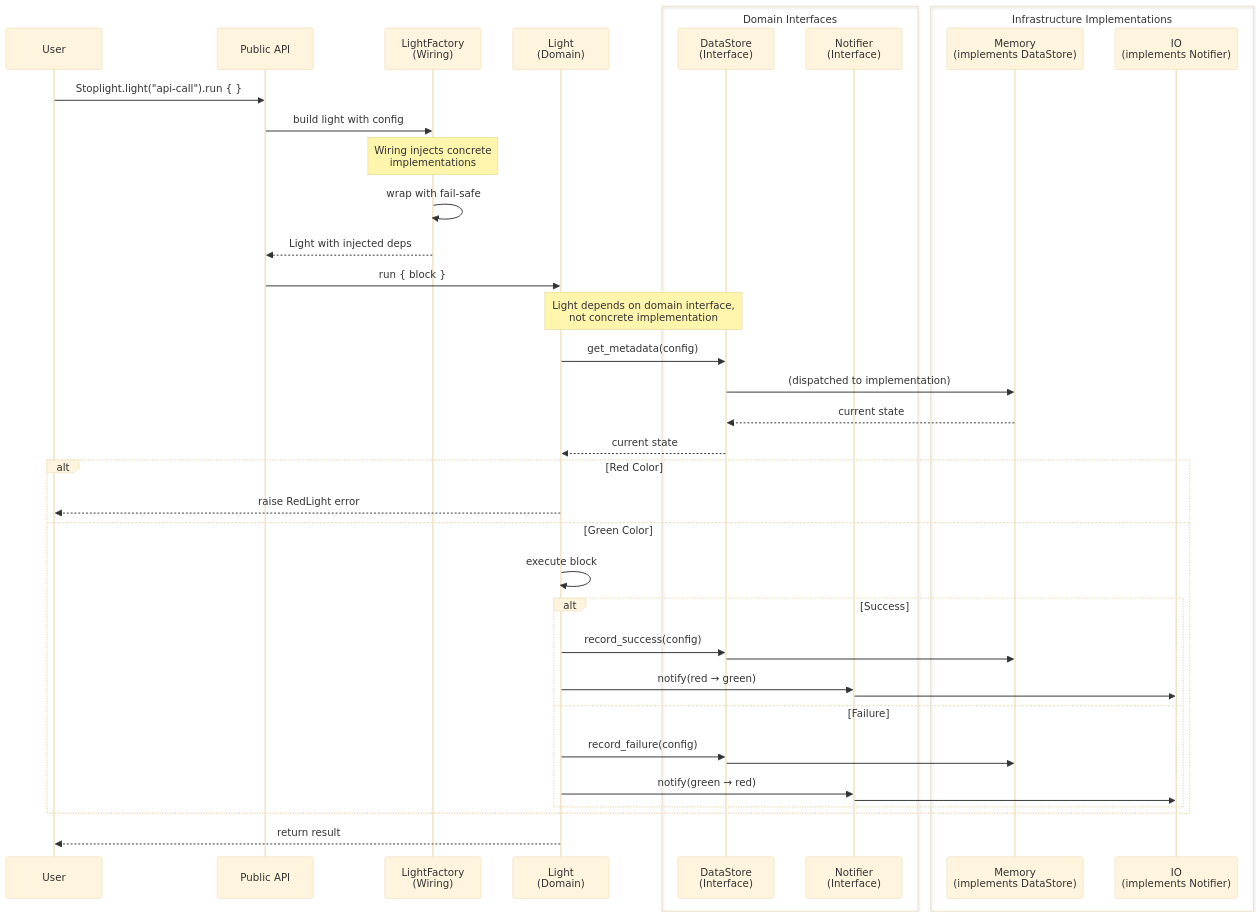
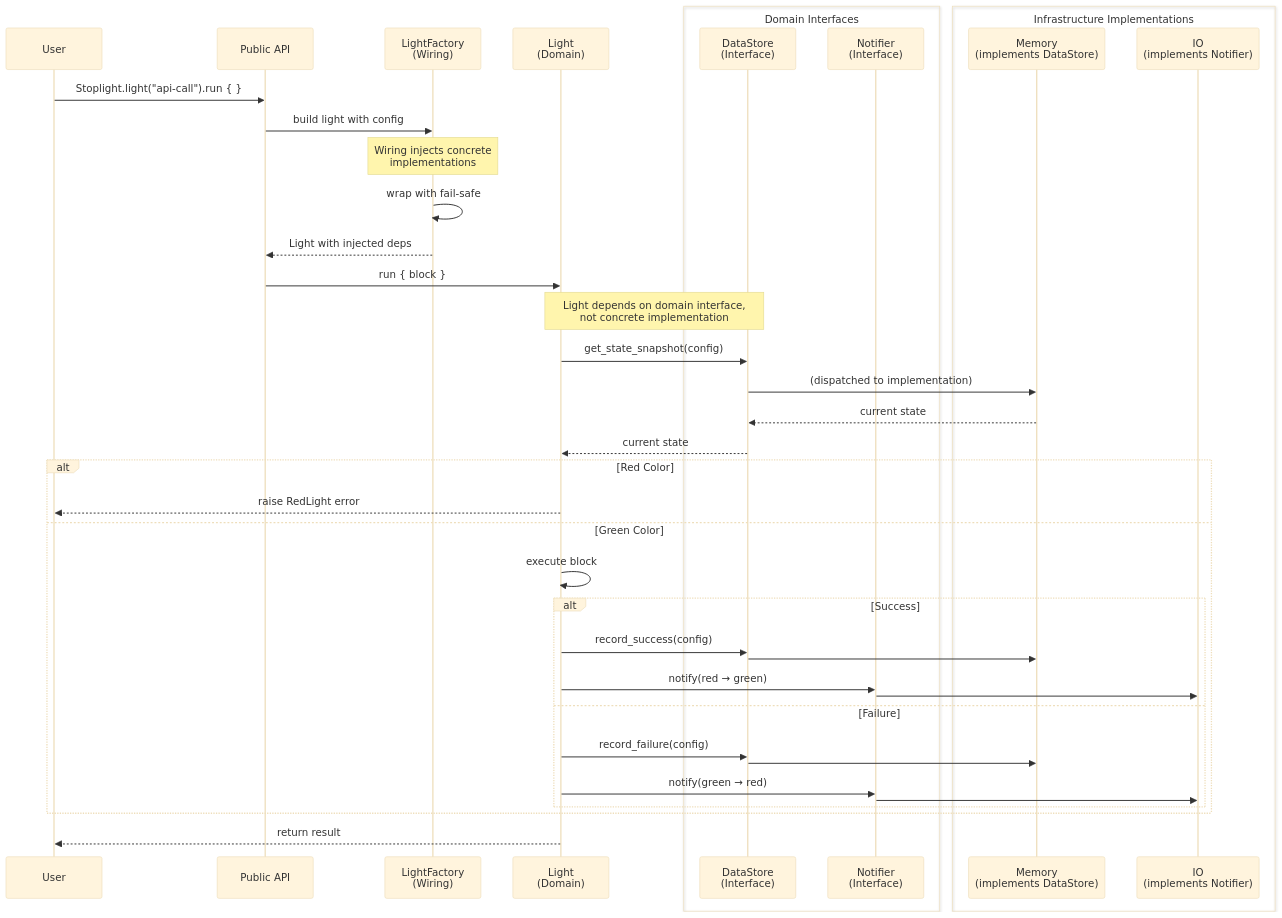
Before and after one commit to bolshakov/stoplight: the fourth of 5 diagrams in docs/architecture.md, drawn with Mermaid (base theme). The commit also changed other lines of this file and 56 other files, not shown here.

Commit message:
Split Metadata into Metrics and StateSnapshot

````diff
--- a/docs/architecture.md
+++ b/docs/architecture.md
@@ -134,47 +134,47 @@
 ```mermaid
 sequenceDiagram
     participant User
     participant API as Public API
     participant Factory as LightFactory<br/>(Wiring)
     participant Light as Light<br/>(Domain)
     box Domain Interfaces
         participant IDataStore as DataStore<br/>(Interface)
         participant INotifier as Notifier<br/>(Interface)
     end
     box Infrastructure Implementations
         participant MemoryDS as Memory<br/>(implements DataStore)
         participant IONotifier as IO<br/>(implements Notifier)
     end
     
     User->>API: Stoplight.light("api-call").run { }
     API->>Factory: build light with config
     Note over Factory: Wiring injects concrete<br/>implementations
     Factory->>Factory: wrap with fail-safe
     Factory-->>API: Light with injected deps
     
     API->>Light: run { block }
     Note over Light,IDataStore: Light depends on domain interface,<br/>not concrete implementation
-    Light->>IDataStore: get_metadata(config)
+    Light->>IDataStore: get_state_snapshot(config)
     IDataStore->>MemoryDS: (dispatched to implementation)
     MemoryDS-->>IDataStore: current state
     IDataStore-->>Light: current state
     
     alt Red Color
         Light-->>User: raise RedLight error
     else Green Color
         Light->>Light: execute block
         alt Success
             Light->>IDataStore: record_success(config)
             IDataStore->>MemoryDS: 
             Light->>INotifier: notify(red → green)
             INotifier->>IONotifier: 
         else Failure
             Light->>IDataStore: record_failure(config)
             IDataStore->>MemoryDS: 
             Light->>INotifier: notify(green → red)
             INotifier->>IONotifier: 
         end
     end
     
     Light-->>User: return result
 ```
````
